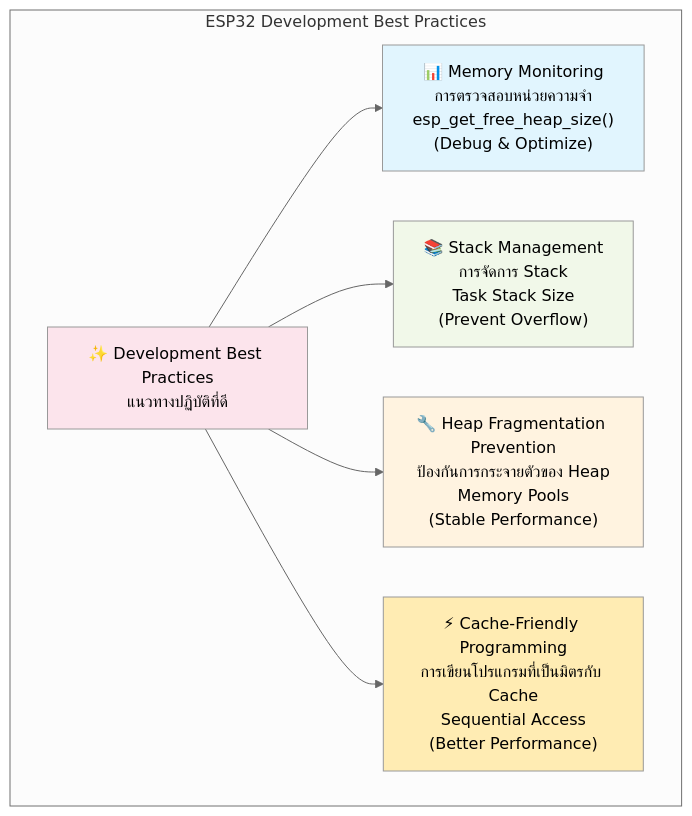
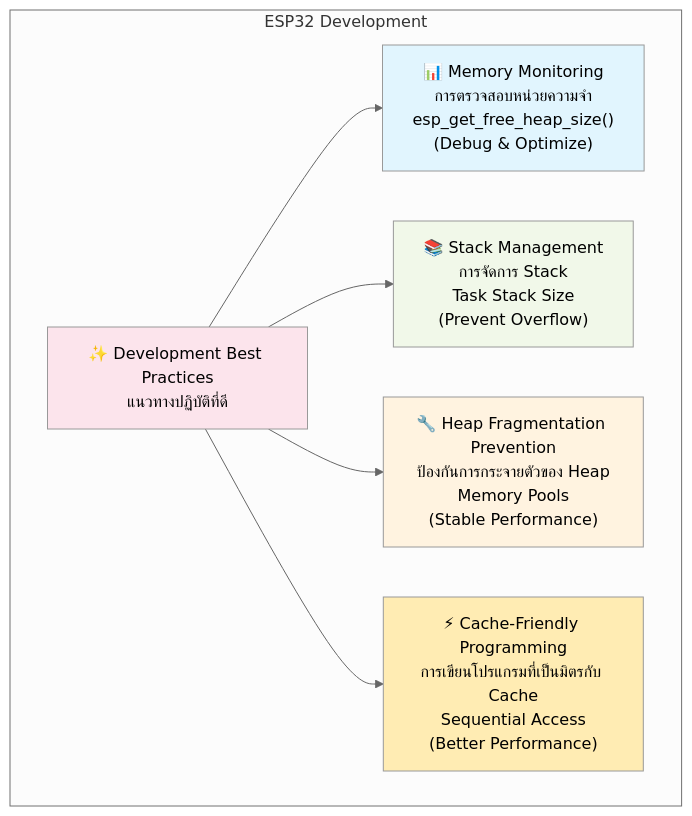
One commit to phuwishpk/Week-05-Microcontroller-applications changed diagram 13 of 15 in ESP32_Architecture.md. Above: the diagram before and after it, drawn with Mermaid (neutral theme). The commit also changed other lines of this file, not shown here.

Commit message:
Update subgraph titles for clarity in ESP32 architecture documentation

````diff
--- a/ESP32_Architecture.md
+++ b/ESP32_Architecture.md
@@ -805,25 +805,25 @@
 ```mermaid
 graph TD
-    subgraph BestPractices["ESP32 Development Best Practices"]
+    subgraph BestPractices["ESP32 Development"]
         Title["✨ Development Best Practices<br/>แนวทางปฏิบัติที่ดี"]
         
         Monitor["📊 Memory Monitoring<br/>การตรวจสอบหน่วยความจำ<br/>esp_get_free_heap_size()<br/>(Debug & Optimize)"]
         
         Stack["📚 Stack Management<br/>การจัดการ Stack<br/>Task Stack Size<br/>(Prevent Overflow)"]
         
         Heap["🔧 Heap Fragmentation Prevention<br/>ป้องกันการกระจายตัวของ Heap<br/>Memory Pools<br/>(Stable Performance)"]
         
         Cache["⚡ Cache-Friendly Programming<br/>การเขียนโปรแกรมที่เป็นมิตรกับ Cache<br/>Sequential Access<br/>(Better Performance)"]
         
         Title --> Monitor
         Title --> Stack
         Title --> Heap
         Title --> Cache
     end
     
     style Title fill:#fce4ec
     style Monitor fill:#e1f5fe
     style Stack fill:#f1f8e9
     style Heap fill:#fff3e0
     style Cache fill:#ffecb3
 ```
````
